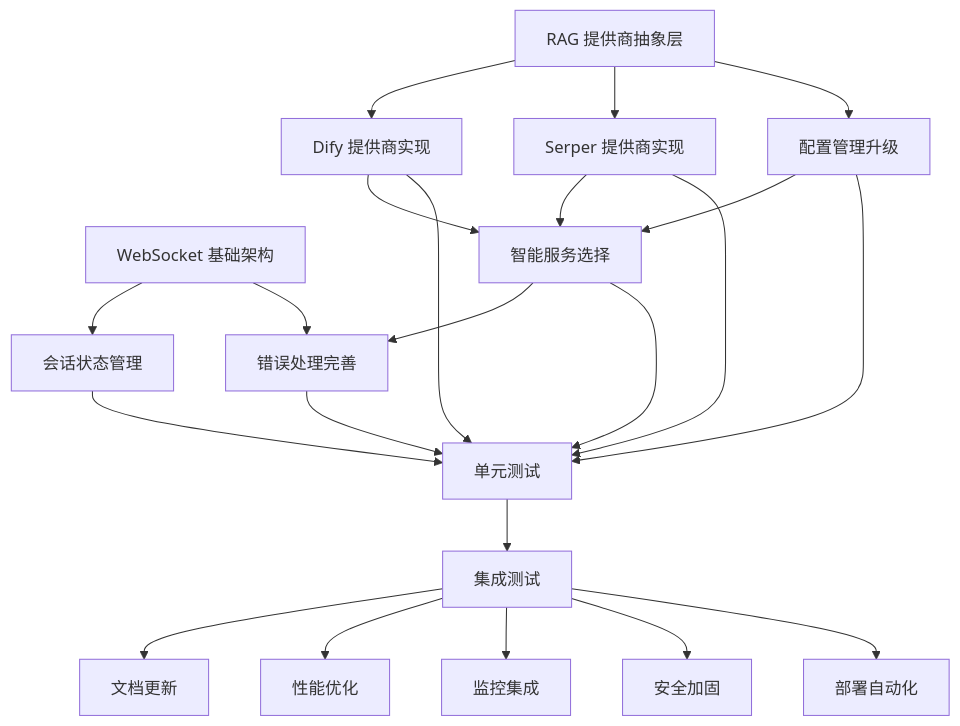
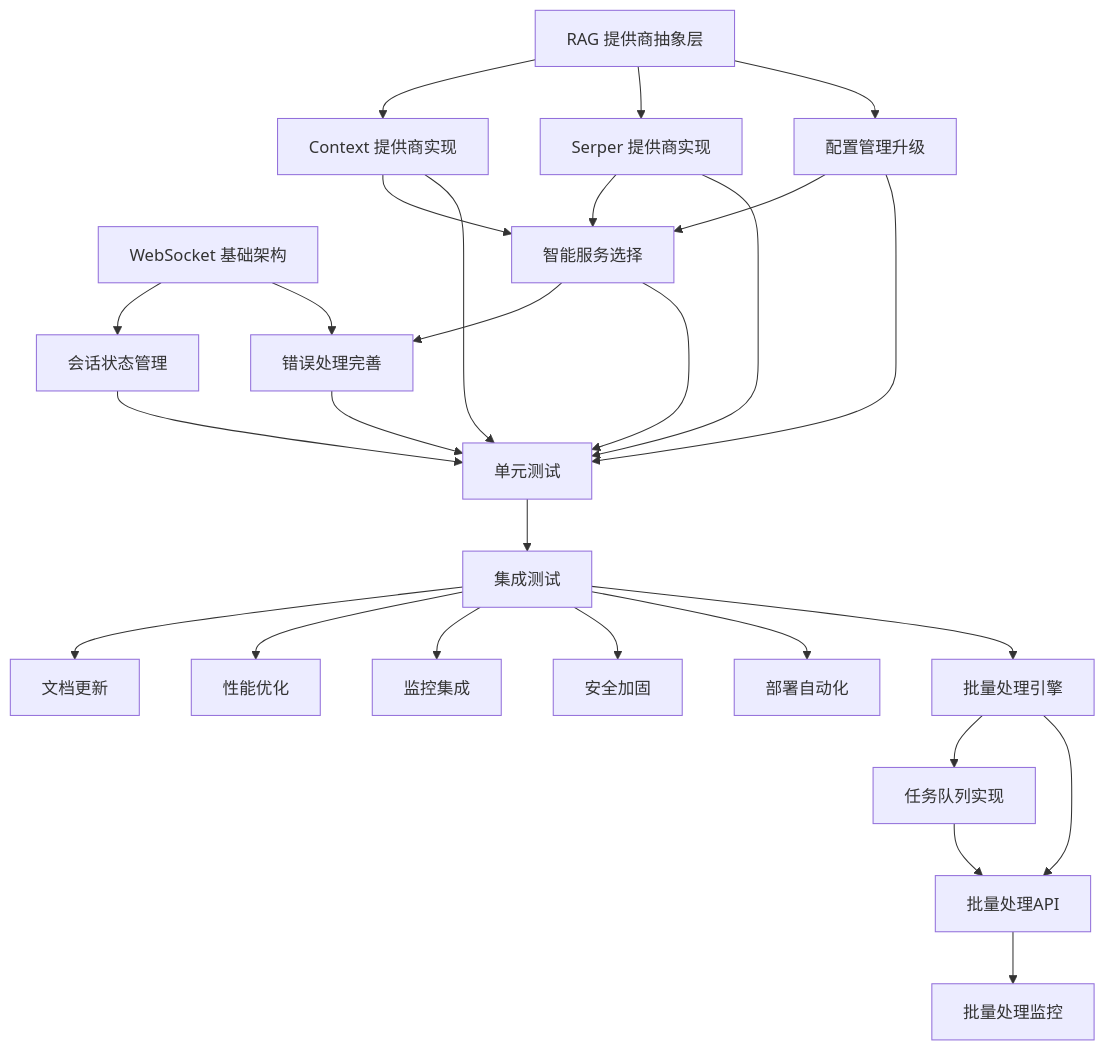
The diagram in spec/tasks.md (fxp/realtime-rag), drawn with Mermaid before and after one commit. The commit also changed other lines of this file and 13 other files, not shown here.

````diff
--- a/spec/tasks.md
+++ b/spec/tasks.md
@@ -200,24 +271,29 @@
 ```mermaid
 graph TD
     T001[WebSocket 基础架构] --> T002[会话状态管理]
     T001 --> T008[错误处理完善]
-    T003[RAG 提供商抽象层] --> T004[Dify 提供商实现]
+    T003[RAG 提供商抽象层] --> T004[Context 提供商实现]
     T003 --> T005[Serper 提供商实现]
     T003 --> T006[配置管理升级]
     T004 --> T007[智能服务选择]
     T005 --> T007
     T006 --> T007
     T007 --> T008
     T002 --> T009[单元测试]
     T004 --> T009
     T005 --> T009
     T006 --> T009
     T007 --> T009
     T008 --> T009
     T009 --> T010[集成测试]
     T010 --> T011[文档更新]
     T010 --> T012[性能优化]
     T010 --> T013[监控集成]
     T010 --> T014[安全加固]
     T010 --> T015[部署自动化]
+    T010 --> T016[批量处理引擎]
+    T016 --> T017[任务队列实现]
+    T016 --> T018[批量处理API]
+    T017 --> T018
+    T018 --> T019[批量处理监控]
 ```
````
